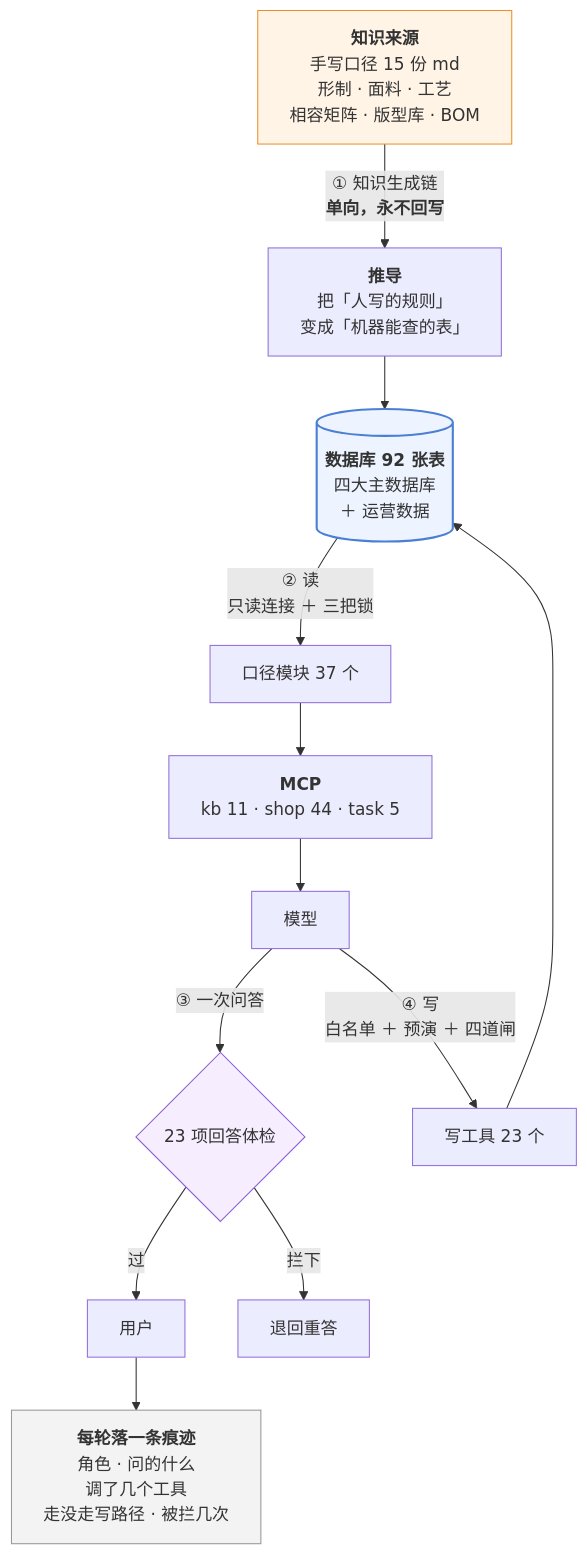
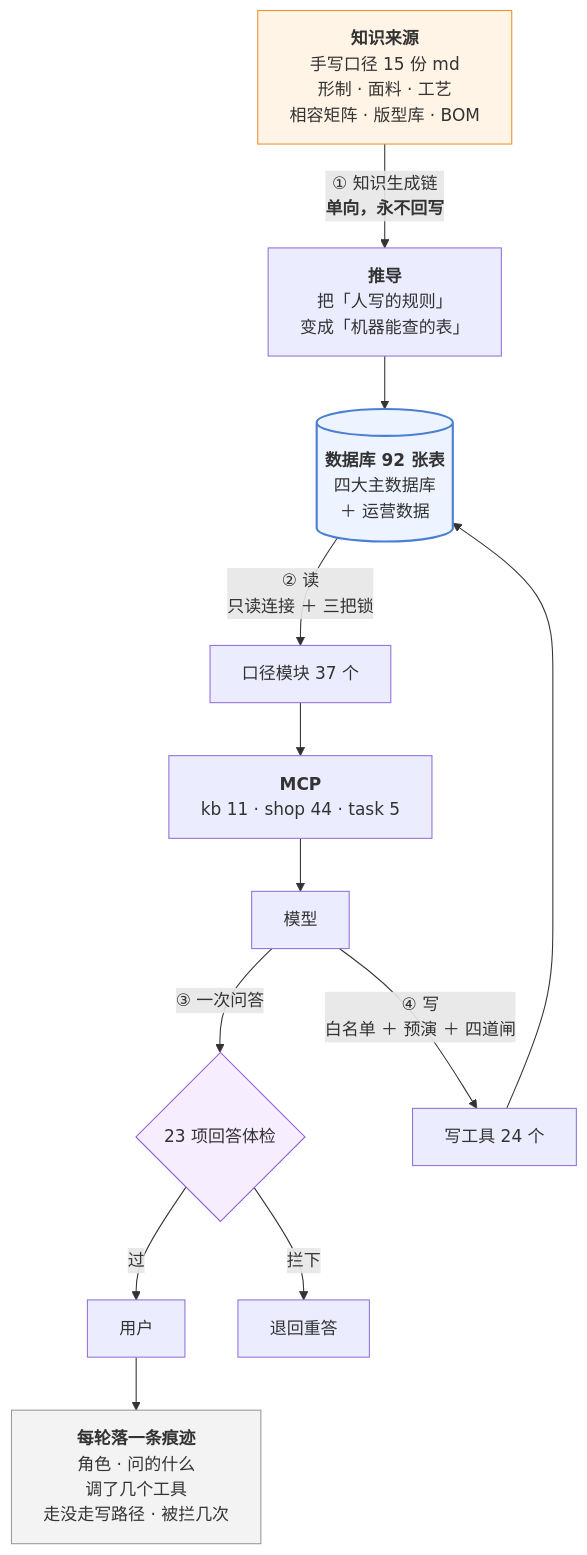
Before and after one commit to 843773296-rgb/lanxiu-yunshang-agent: the third of 3 diagrams in 澜绣云裳agent-产品说明.md, drawn with Mermaid. The commit also changed other lines of this file and 24 other files, not shown here.

````diff
--- a/澜绣云裳agent-产品说明.md
+++ b/澜绣云裳agent-产品说明.md
@@ -867,24 +867,24 @@
 ```mermaid
 flowchart TD
     MD["<b>知识来源</b><br/>手写口径 15 份 md<br/>形制 · 面料 · 工艺<br/>相容矩阵 · 版型库 · BOM"]
     MD -->|"① 知识生成链<br/><b>单向，永不回写</b>"| DV["<b>推导</b><br/>把「人写的规则」<br/>变成「机器能查的表」"]
     DV --> DB[("<b>数据库 92 张表</b><br/>四大主数据库<br/>＋ 运营数据")]
 
     DB -->|"② 读<br/>只读连接 ＋ 三把锁"| KJ["口径模块 37 个"]
     KJ --> MCP["<b>MCP</b><br/>kb 11 · shop 44 · task 5"]
     MCP --> LLM["模型"]
 
     LLM -->|"③ 一次问答"| GD{"23 项回答体检"}
     GD -- 过 --> U["用户"]
     GD -- 拦下 --> RE["退回重答"]
 
-    LLM -->|"④ 写<br/>白名单 ＋ 预演 ＋ 四道闸"| W["写工具 23 个"]
+    LLM -->|"④ 写<br/>白名单 ＋ 预演 ＋ 四道闸"| W["写工具 24 个"]
     W --> DB
 
     U --> TR["<b>每轮落一条痕迹</b><br/>角色 · 问的什么<br/>调了几个工具<br/>走没走写路径 · 被拦几次"]
 
     style MD fill:#fff4e6,stroke:#e8912d
     style DB fill:#eef4ff,stroke:#4a7fd4,stroke-width:2px
     style GD fill:#f6eeff,stroke:#8b5cd6
     style TR fill:#f3f3f3,stroke:#999
 ```
````
